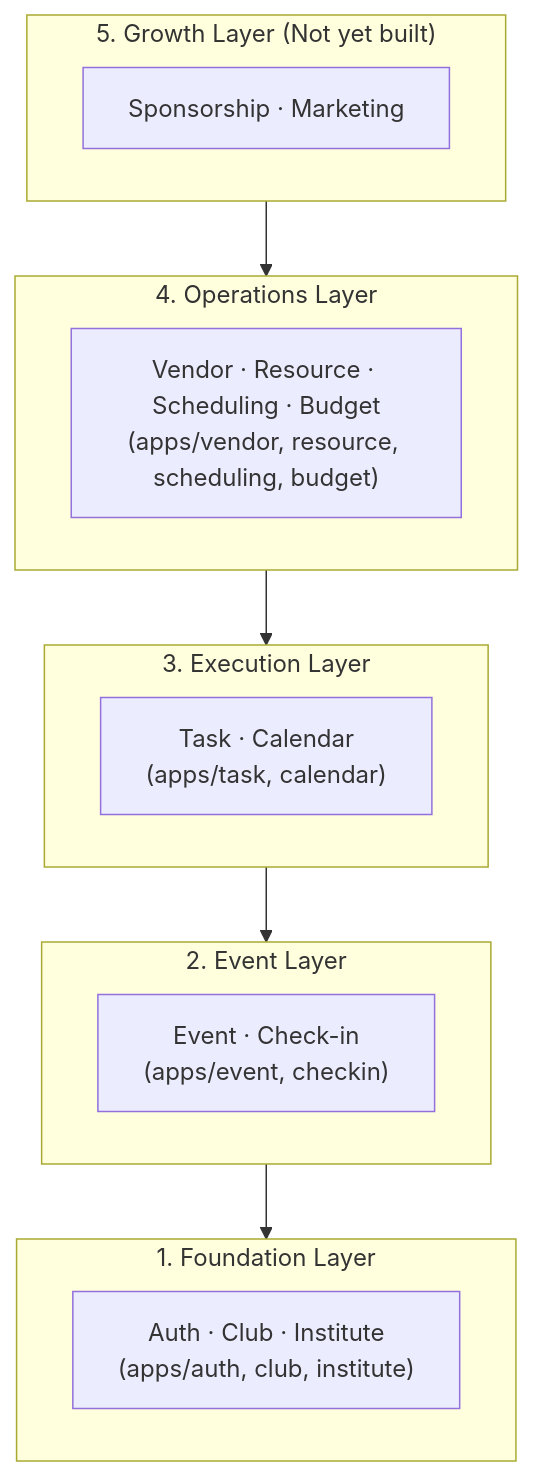
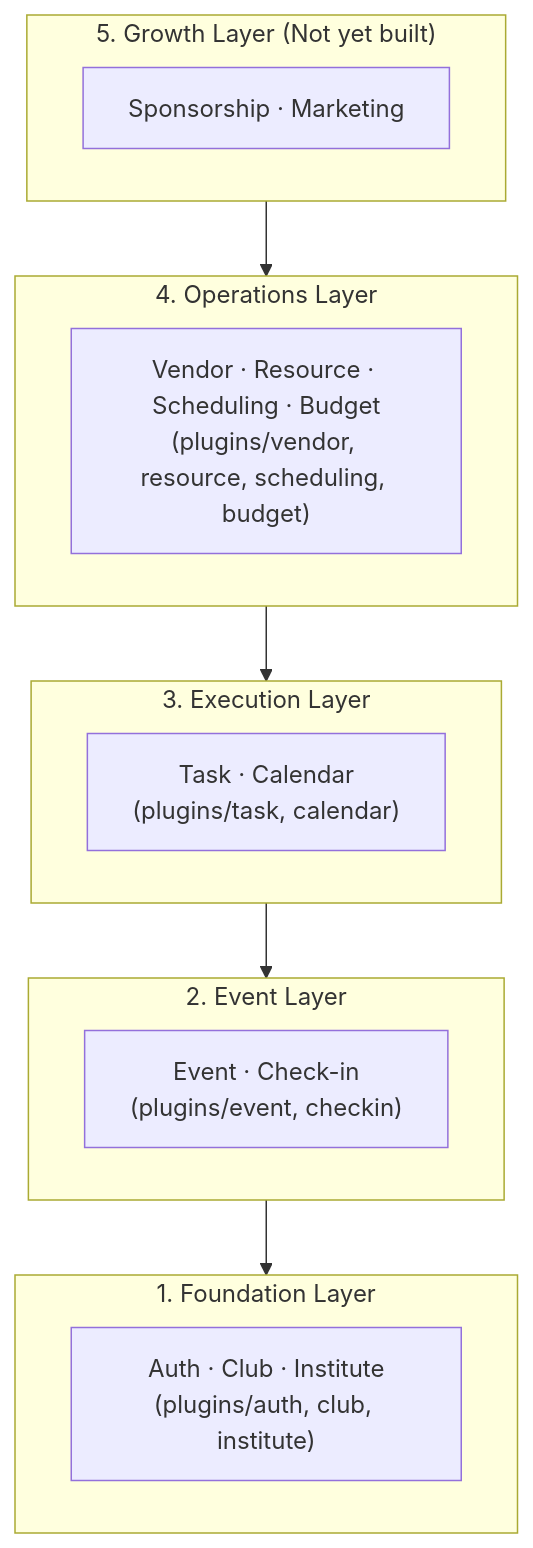
The second of 2 diagrams in docs/architecture/OVERVIEW.md (NITRR-Official/CampusOS), drawn with Mermaid before and after one commit. The commit also changed other lines of this file and 16 other files, not shown here.

````diff
--- a/docs/architecture/OVERVIEW.md
+++ b/docs/architecture/OVERVIEW.md
@@ -31,23 +31,23 @@
 ```mermaid
 flowchart TD
     subgraph L5 ["5. Growth Layer (Not yet built)"]
         G["Sponsorship · Marketing"]
     end
     subgraph L4 ["4. Operations Layer"]
-        O["Vendor · Resource · Scheduling · Budget<br/>(apps/vendor, resource, scheduling, budget)"]
+        O["Vendor · Resource · Scheduling · Budget<br/>(plugins/vendor, resource, scheduling, budget)"]
     end
     subgraph L3 ["3. Execution Layer"]
-        E["Task · Calendar<br/>(apps/task, calendar)"]
+        E["Task · Calendar<br/>(plugins/task, calendar)"]
     end
     subgraph L2 ["2. Event Layer"]
-        Ev["Event · Check-in<br/>(apps/event, checkin)"]
+        Ev["Event · Check-in<br/>(plugins/event, checkin)"]
     end
     subgraph L1 ["1. Foundation Layer"]
-        F["Auth · Club · Institute<br/>(apps/auth, club, institute)"]
+        F["Auth · Club · Institute<br/>(plugins/auth, club, institute)"]
     end
 
     L5 --> L4
     L4 --> L3
     L3 --> L2
     L2 --> L1
 ```
````
